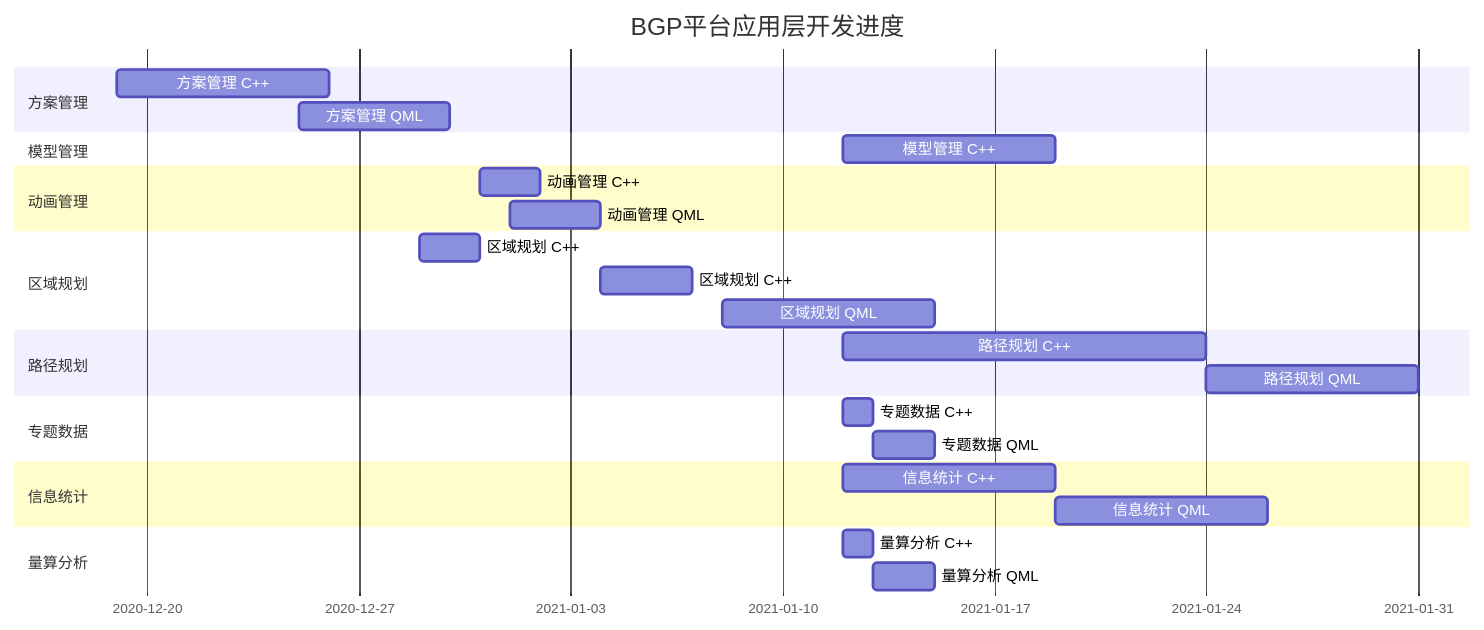
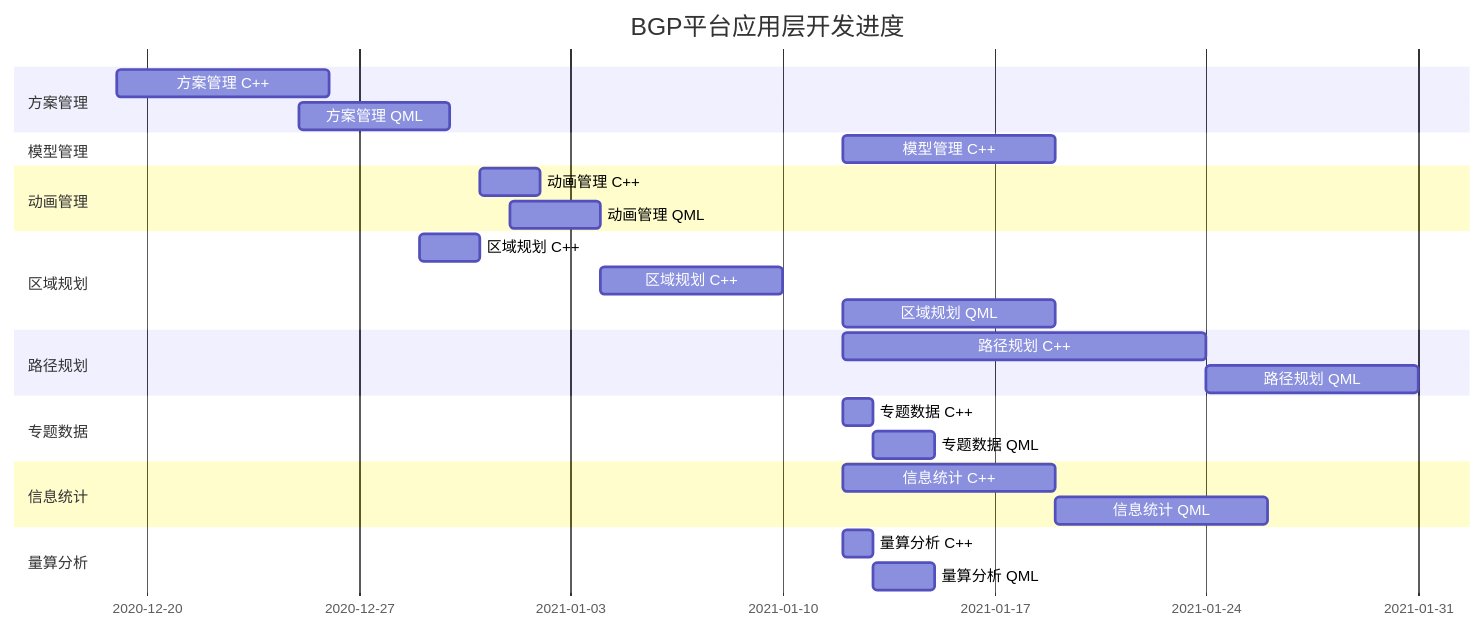
Before and after one commit to MJYCo-Ltd/Map: the diagram in Doc/BGP平台应用层开发进度.md, drawn with Mermaid. The commit also changed other lines of this file and 13 other files, not shown here.

````diff
--- a/Doc/BGP平台应用层开发进度.md
+++ b/Doc/BGP平台应用层开发进度.md
@@ -13,29 +13,29 @@
 ```mermaid
 gantt
     title BGP平台应用层开发进度
     dateFormat  YYYY-MM-DD
     section 方案管理
     方案管理 C++ :a1, 2020-12-19, 7d
     方案管理 QML :a2 ,2020-12-25, 5d
     section 模型管理
     模型管理 C++ :b1, 2021-01-12, 7d
     section 动画管理
     动画管理 C++ :c1, 2020-12-31, 2d
     动画管理 QML :c2, 2021-01-01, 3d
     section 区域规划
     区域规划 C++ :d1, 2020-12-29  , 2d
-    区域规划 C++ :d1, 2021-01-04  , 3d
-    区域规划 QML :d1, 2021-01-08  , 7d
+    区域规划 C++ :d1, 2021-01-04  , 6d
+    区域规划 QML :d1, 2021-01-12  , 7d
     section 路径规划
     路径规划 C++ :e1, 2021-01-12  , 12d
     路径规划 QML :after e1, 7d
     section 专题数据
     专题数据 C++ :f1, 2021-01-12  , 1d
     专题数据 QML :after f1, 2d
     section 信息统计
     信息统计 C++ :g1, 2021-01-12  , 7d
     信息统计 QML :after g1, 7d
     section 量算分析
     量算分析 C++ :h1, 2021-01-12  , 1d
     量算分析 QML :after h1, 2d
 ```
````
